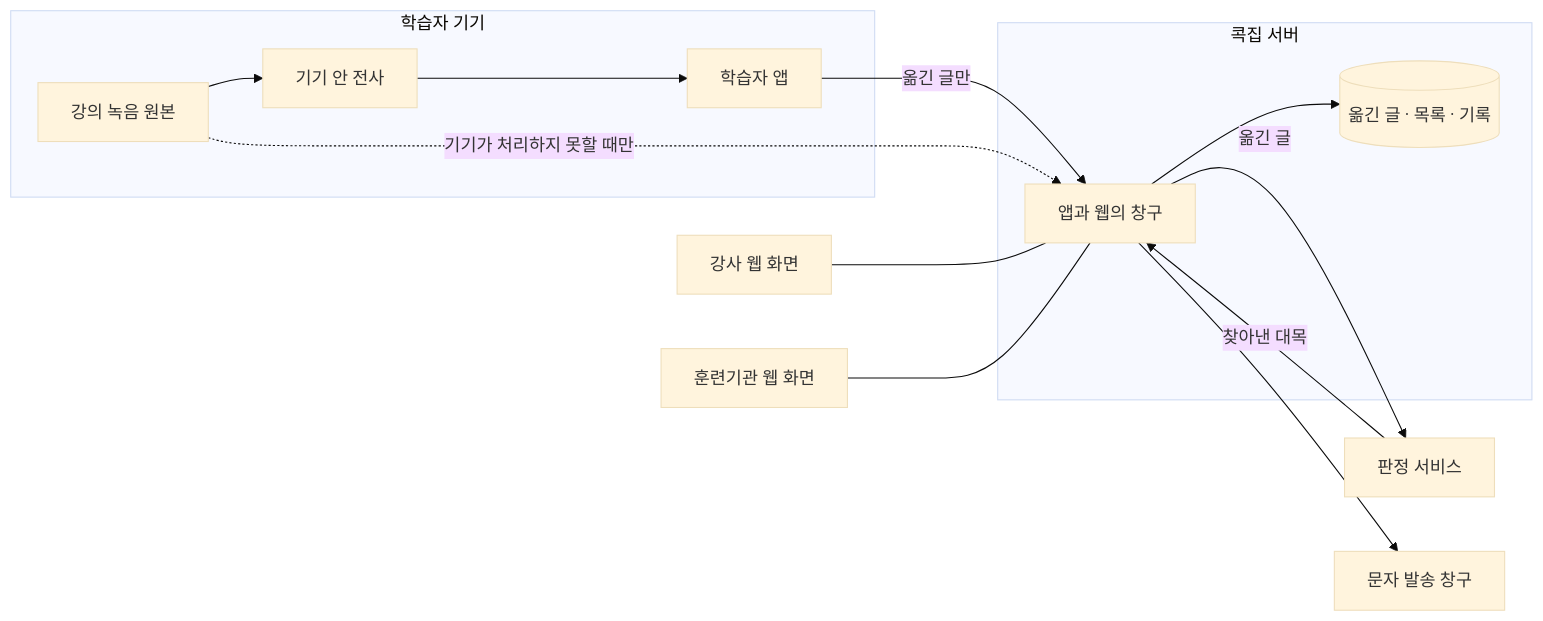
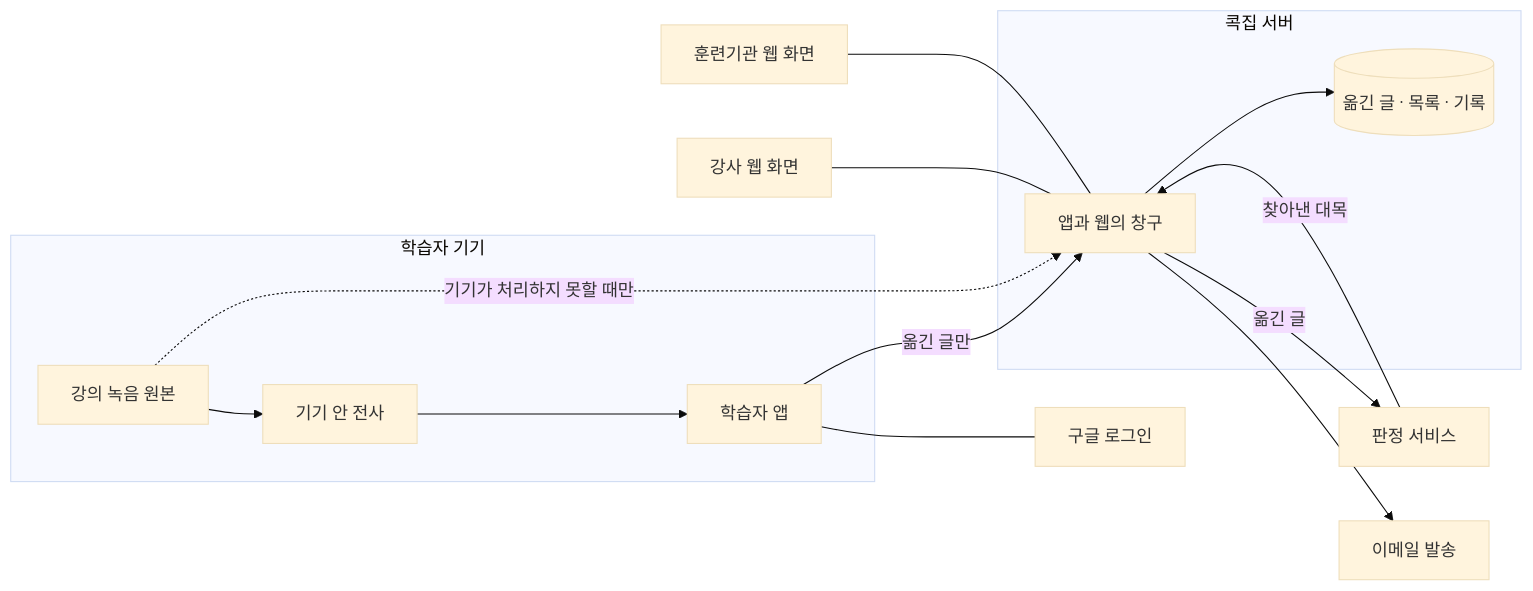
The first of 7 diagrams in docs/02-srs/srs.md (hayoungv/kokjip), drawn with Mermaid (base theme) before and after one commit. The commit also changed other lines of this file and 5 other files, not shown here.

````diff
--- a/docs/02-srs/srs.md
+++ b/docs/02-srs/srs.md
@@ -65,27 +67,29 @@
 ```mermaid
 flowchart LR
     subgraph 기기["학습자 기기"]
         원본["강의 녹음 원본"]
         전사["기기 안 전사"]
         앱["학습자 앱"]
     end
     subgraph 서버["콕집 서버"]
         창구["앱과 웹의 창구"]
         저장소[("옮긴 글 · 목록 · 기록")]
     end
     강사웹["강사 웹 화면"]
     기관웹["훈련기관 웹 화면"]
     판정["판정 서비스"]
-    문자["문자 발송 창구"]
+    로그인["구글 로그인"]
+    메일["이메일 발송"]
 
     원본 --> 전사
     전사 --> 앱
     앱 -->|"옮긴 글만"| 창구
     원본 -.->|"기기가 처리하지 못할 때만"| 창구
     창구 --> 저장소
     창구 -->|"옮긴 글"| 판정
     판정 -->|"찾아낸 대목"| 창구
-    창구 --> 문자
+    앱 --- 로그인
+    창구 --> 메일
     강사웹 --- 창구
     기관웹 --- 창구
 ```
````
